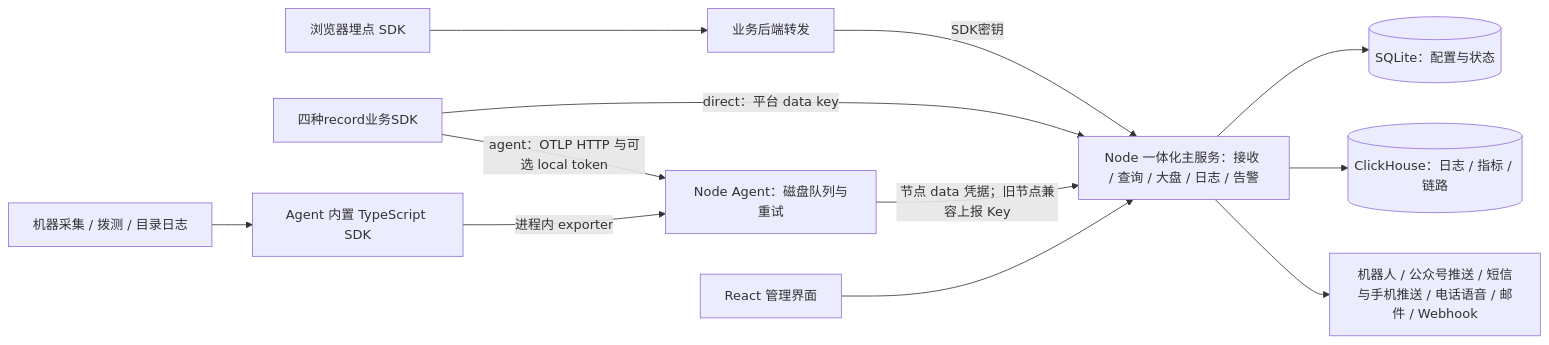
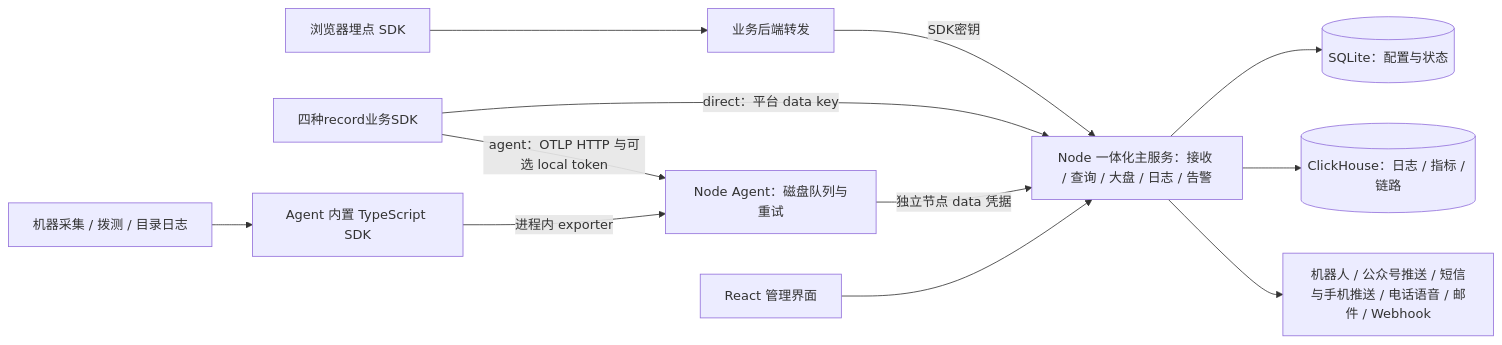
One commit to workhold/lightmoni changed the diagram in docs/architecture.md. Above: the diagram before and after it, drawn with Mermaid. The commit also changed other lines of this file and 66 other files, not shown here.

````diff
--- a/docs/architecture.md
+++ b/docs/architecture.md
@@ -22,14 +22,14 @@
 ```mermaid
 flowchart LR
     B[浏览器埋点 SDK] --> P[业务后端转发]
     P -->|SDK密钥| M
     S[四种record业务SDK] -->|direct：平台 data key| M
     S -->|agent：OTLP HTTP 与可选 local token| A
     H[机器采集 / 拨测 / 目录日志] --> G[Agent 内置 TypeScript SDK]
     G -->|进程内 exporter| A
-    A[Node Agent：磁盘队列与重试] -->|节点 data 凭据；旧节点兼容上报 Key| M
+    A[Node Agent：磁盘队列与重试] -->|独立节点 data 凭据| M
     U[React 管理界面] --> M
     M[Node 一体化主服务：接收 / 查询 / 大盘 / 日志 / 告警] --> Q[(SQLite：配置与状态)]
     M --> C[(ClickHouse：日志 / 指标 / 链路)]
     M --> N[机器人 / 公众号推送 / 短信与手机推送 / 电话语音 / 邮件 / Webhook]
 ```
````
